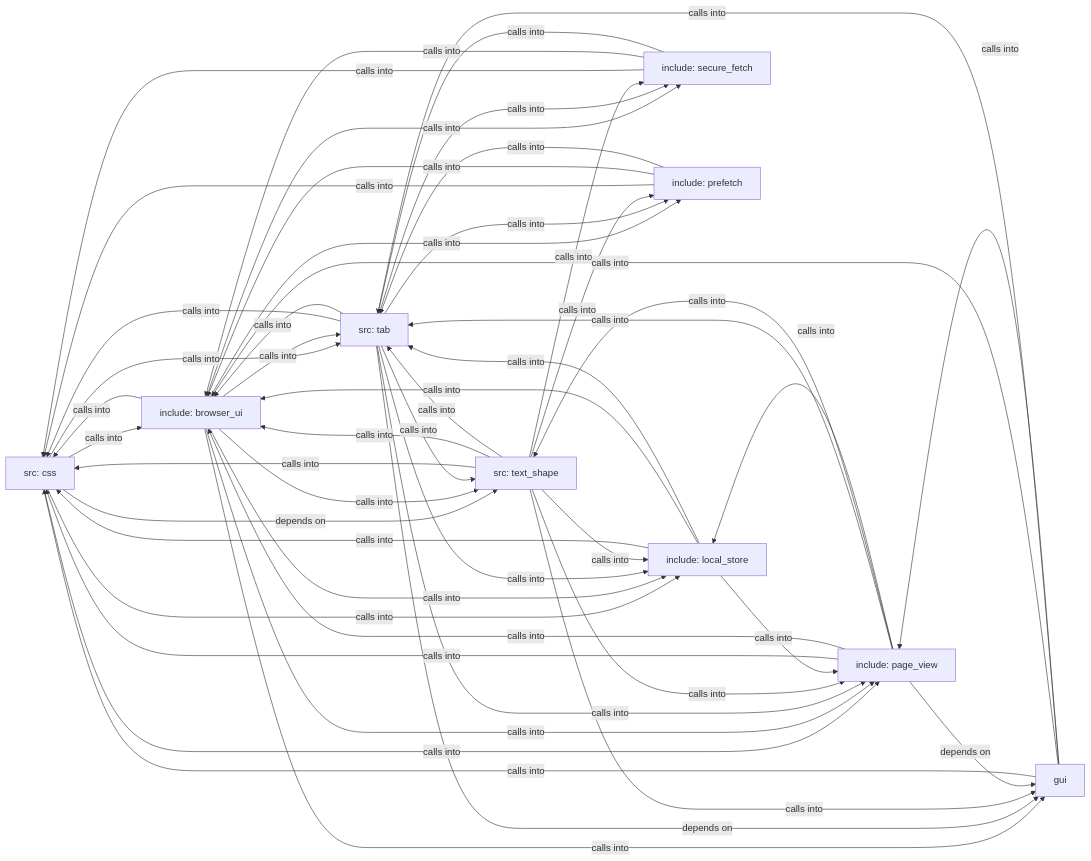
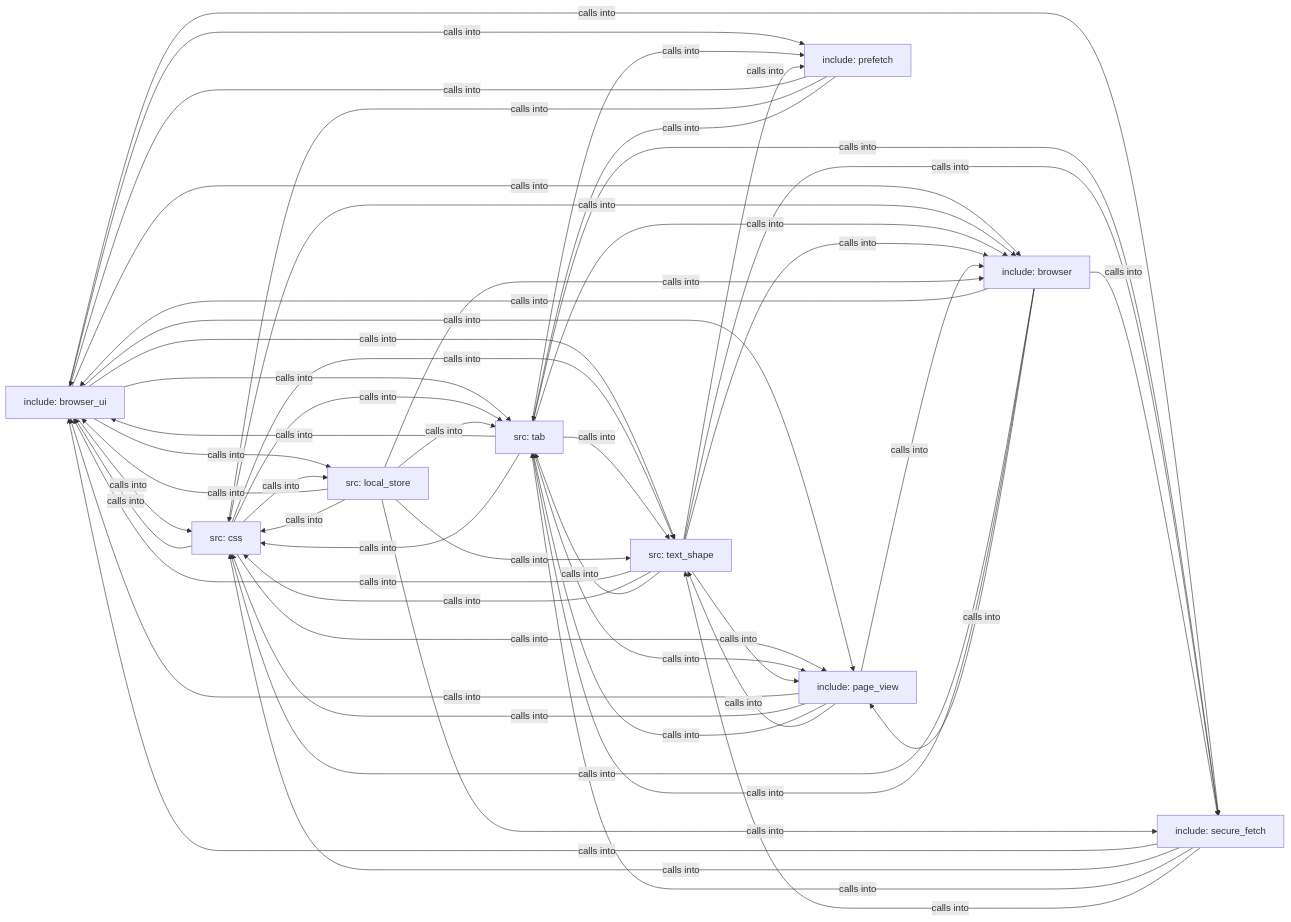
The diagram in readmenator-diagrams/overview.md (grisuno/FreeDom), drawn with Mermaid before and after one commit. The commit also changed other lines of this file and 238 other files, not shown here.

````diff
--- a/readmenator-diagrams/overview.md
+++ b/readmenator-diagrams/overview.md
@@ -1,70 +1,72 @@
 ```mermaid
 graph LR
+    include_browser_ui["include: browser_ui"]
     src_css["src: css"]
-    include_browser_ui["include: browser_ui"]
     src_tab["src: tab"]
     src_text_shape["src: text_shape"]
-    include_local_store["include: local_store"]
     include_page_view["include: page_view"]
-    gui["gui"]
+    include_browser["include: browser"]
+    src_local_store["src: local_store"]
     include_secure_fetch["include: secure_fetch"]
     include_prefetch["include: prefetch"]
-    src_css -- "calls into" --> include_browser_ui
-    src_css -- "calls into" --> src_tab
-    src_css -- "depends on" --> src_text_shape
-    src_css -- "calls into" --> include_local_store
-    src_css -- "calls into" --> include_page_view
     include_browser_ui -- "calls into" --> src_css
     include_browser_ui -- "calls into" --> src_tab
     include_browser_ui -- "calls into" --> src_text_shape
-    include_browser_ui -- "calls into" --> include_local_store
     include_browser_ui -- "calls into" --> include_page_view
-    include_browser_ui -- "calls into" --> gui
+    include_browser_ui -- "calls into" --> include_browser
+    include_browser_ui -- "calls into" --> src_local_store
     include_browser_ui -- "calls into" --> include_secure_fetch
     include_browser_ui -- "calls into" --> include_prefetch
+    src_css -- "calls into" --> include_browser_ui
+    src_css -- "calls into" --> src_tab
+    src_css -- "calls into" --> src_text_shape
+    src_css -- "calls into" --> include_page_view
+    src_css -- "calls into" --> include_browser
+    src_css -- "calls into" --> src_local_store
+    src_tab -- "calls into" --> include_browser_ui
     src_tab -- "calls into" --> src_css
-    src_tab -- "calls into" --> include_browser_ui
     src_tab -- "calls into" --> src_text_shape
-    src_tab -- "calls into" --> include_local_store
     src_tab -- "calls into" --> include_page_view
-    src_tab -- "depends on" --> gui
+    src_tab -- "calls into" --> include_browser
     src_tab -- "calls into" --> include_secure_fetch
     src_tab -- "calls into" --> include_prefetch
+    src_text_shape -- "calls into" --> include_browser_ui
     src_text_shape -- "calls into" --> src_css
-    src_text_shape -- "calls into" --> include_browser_ui
     src_text_shape -- "calls into" --> src_tab
-    src_text_shape -- "calls into" --> include_local_store
     src_text_shape -- "calls into" --> include_page_view
-    src_text_shape -- "calls into" --> gui
+    src_text_shape -- "calls into" --> include_browser
     src_text_shape -- "calls into" --> include_secure_fetch
     src_text_shape -- "calls into" --> include_prefetch
-    include_local_store -- "calls into" --> src_css
-    include_local_store -- "calls into" --> include_browser_ui
-    include_local_store -- "calls into" --> src_tab
-    include_local_store -- "calls into" --> include_page_view
+    include_page_view -- "calls into" --> include_browser_ui
     include_page_view -- "calls into" --> src_css
-    include_page_view -- "calls into" --> include_browser_ui
     include_page_view -- "calls into" --> src_tab
     include_page_view -- "calls into" --> src_text_shape
-    include_page_view -- "calls into" --> include_local_store
-    include_page_view -- "depends on" --> gui
-    gui -- "calls into" --> src_css
-    gui -- "calls into" --> include_browser_ui
-    gui -- "calls into" --> src_tab
-    gui -- "calls into" --> include_page_view
+    include_page_view -- "calls into" --> include_browser
+    include_browser -- "calls into" --> include_browser_ui
+    include_browser -- "calls into" --> src_css
+    include_browser -- "calls into" --> src_tab
+    include_browser -- "calls into" --> include_page_view
+    include_browser -- "calls into" --> include_secure_fetch
+    src_local_store -- "calls into" --> include_browser_ui
+    src_local_store -- "calls into" --> src_css
+    src_local_store -- "calls into" --> src_tab
+    src_local_store -- "calls into" --> src_text_shape
+    src_local_store -- "calls into" --> include_browser
+    src_local_store -- "calls into" --> include_secure_fetch
+    include_secure_fetch -- "calls into" --> include_browser_ui
     include_secure_fetch -- "calls into" --> src_css
-    include_secure_fetch -- "calls into" --> include_browser_ui
     include_secure_fetch -- "calls into" --> src_tab
+    include_secure_fetch -- "calls into" --> src_text_shape
+    include_prefetch -- "calls into" --> include_browser_ui
     include_prefetch -- "calls into" --> src_css
-    include_prefetch -- "calls into" --> include_browser_ui
     include_prefetch -- "calls into" --> src_tab
+    click include_browser_ui href "./include_browser_ui.md" "Details"
     click src_css href "./src_css.md" "Details"
-    click include_browser_ui href "./include_browser_ui.md" "Details"
     click src_tab href "./src_tab.md" "Details"
     click src_text_shape href "./src_text_shape.md" "Details"
-    click include_local_store href "./include_local_store.md" "Details"
     click include_page_view href "./include_page_view.md" "Details"
-    click gui href "./gui.md" "Details"
+    click include_browser href "./include_browser.md" "Details"
+    click src_local_store href "./src_local_store.md" "Details"
     click include_secure_fetch href "./include_secure_fetch.md" "Details"
     click include_prefetch href "./include_prefetch.md" "Details"
 ```
````
